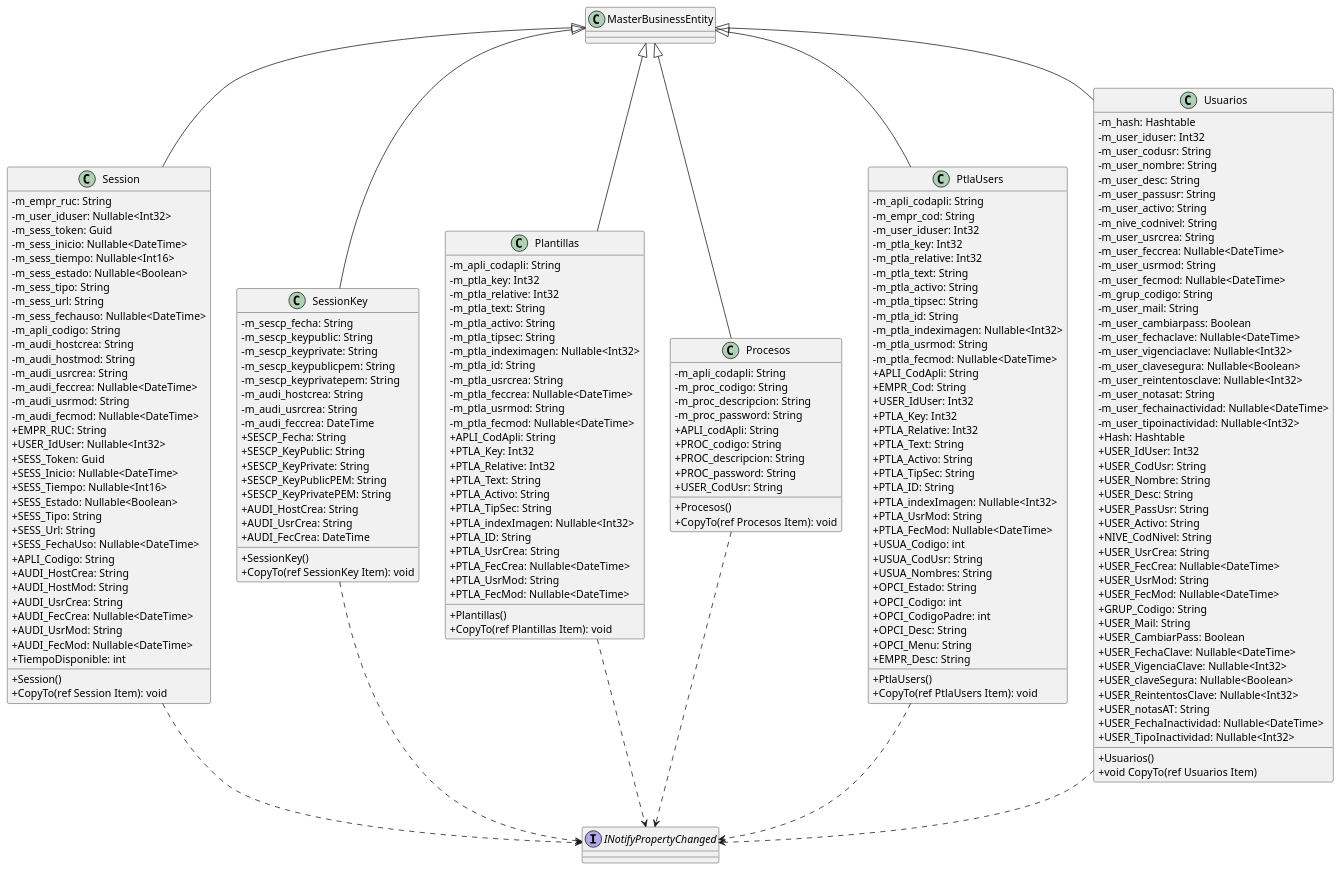
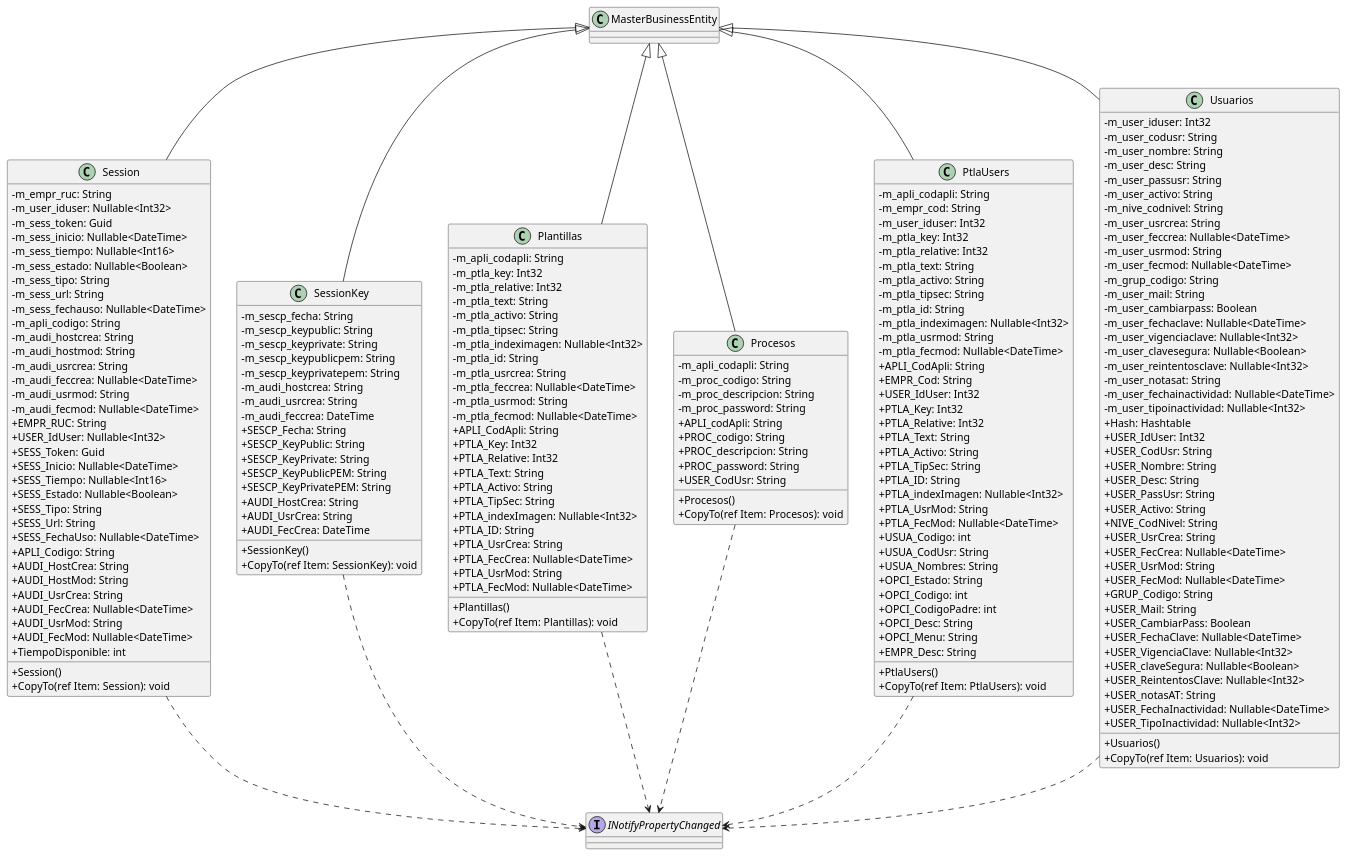
The diagram in UML_PlantUML_GIV/Classes/Entidades.puml (JordanNoah7/Conquistadores), drawn with PlantUML before and after one commit. The commit also changed 1 other file, not shown here.

```diff
--- a/UML_PlantUML_GIV/Classes/Entidades.puml
+++ b/UML_PlantUML_GIV/Classes/Entidades.puml
@@ -39,7 +39,7 @@
     + AUDI_FecMod: Nullable<DateTime>
     + TiempoDisponible: int
     + Session()
-    + CopyTo(ref Session Item): void
+    + CopyTo(ref Item: Session): void
 }
 
 class SessionKey extends MasterBusinessEntity {
@@ -60,7 +60,7 @@
     + AUDI_UsrCrea: String
     + AUDI_FecCrea: DateTime
     + SessionKey()
-    + CopyTo(ref SessionKey Item): void
+    + CopyTo(ref Item: SessionKey): void
 }
 
 class Plantillas extends MasterBusinessEntity {
@@ -89,7 +89,7 @@
     + PTLA_UsrMod: String
     + PTLA_FecMod: Nullable<DateTime>
     + Plantillas()
-    + CopyTo(ref Plantillas Item): void
+    + CopyTo(ref Item: Plantillas): void
 }
 
 class Procesos extends MasterBusinessEntity {
@@ -103,7 +103,7 @@
     + PROC_password: String
     + USER_CodUsr: String
     + Procesos()
-    + CopyTo(ref Procesos Item): void
+    + CopyTo(ref Item: Procesos): void
 }
 
 class PtlaUsers extends MasterBusinessEntity {
@@ -141,11 +141,10 @@
     + OPCI_Menu: String
     + EMPR_Desc: String
     + PtlaUsers()
-    + CopyTo(ref PtlaUsers Item): void
+    + CopyTo(ref Item: PtlaUsers): void
 }
 
 class Usuarios extends MasterBusinessEntity {
-    - m_hash: Hashtable
     - m_user_iduser: Int32
     - m_user_codusr: String
     - m_user_nombre: String
@@ -190,7 +189,7 @@
     + USER_FechaInactividad: Nullable<DateTime>
     + USER_TipoInactividad: Nullable<Int32>
     + Usuarios()
-    + void CopyTo(ref Usuarios Item)
+    + CopyTo(ref Item: Usuarios): void
 }
 
 
```
